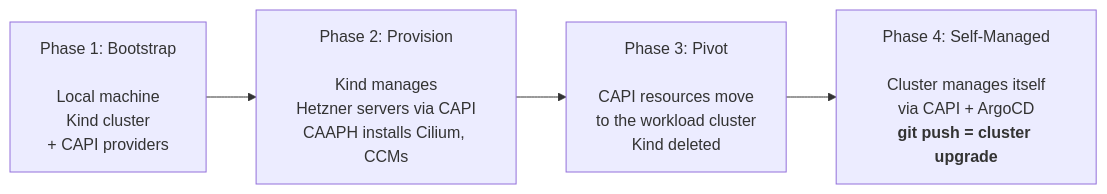
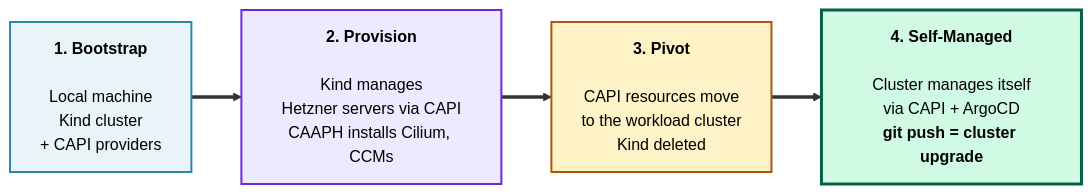
One commit to SamuelBagattin/talos-hetzner-capi changed the third of 3 diagrams in README.md. Above: the diagram before and after it, drawn with Mermaid. The commit also changed other lines of this file, not shown here.

Commit message:
docs: improve Mermaid diagrams with color-coded styling

````diff
--- a/README.md
+++ b/README.md
@@ -106,9 +119,14 @@
 ```mermaid
-graph LR
-    p1["Phase 1: Bootstrap<br/><br/>Local machine<br/>Kind cluster<br/>+ CAPI providers"]
-    p2["Phase 2: Provision<br/><br/>Kind manages<br/>Hetzner servers via CAPI<br/>CAAPH installs Cilium, CCMs"]
-    p3["Phase 3: Pivot<br/><br/>CAPI resources move<br/>to the workload cluster<br/>Kind deleted"]
-    p4["Phase 4: Self-Managed<br/><br/>Cluster manages itself<br/>via CAPI + ArgoCD<br/><b>git push = cluster upgrade</b>"]
+flowchart LR
+    classDef phase1 fill:#e8f4f8,stroke:#2e86ab,stroke-width:2px,color:#000
+    classDef phase2 fill:#ede9fe,stroke:#6d28d9,stroke-width:2px,color:#000
+    classDef phase3 fill:#fef3c7,stroke:#b45309,stroke-width:2px,color:#000
+    classDef phase4 fill:#d1fae5,stroke:#065f46,stroke-width:3px,color:#000
 
-    p1 --> p2 --> p3 --> p4
+    p1["<b>1. Bootstrap</b><br/><br/>Local machine<br/>Kind cluster<br/>+ CAPI providers"]:::phase1
+    p2["<b>2. Provision</b><br/><br/>Kind manages<br/>Hetzner servers via CAPI<br/>CAAPH installs Cilium, CCMs"]:::phase2
+    p3["<b>3. Pivot</b><br/><br/>CAPI resources move<br/>to the workload cluster<br/>Kind deleted"]:::phase3
+    p4["<b>4. Self-Managed</b><br/><br/>Cluster manages itself<br/>via CAPI + ArgoCD<br/><b>git push = cluster upgrade</b>"]:::phase4
+
+    p1 ==> p2 ==> p3 ==> p4
 ```
````
